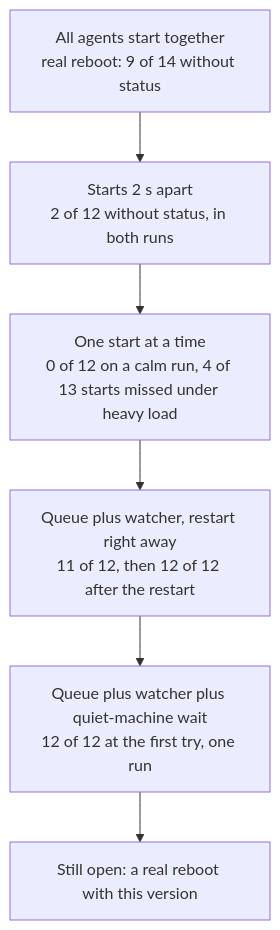
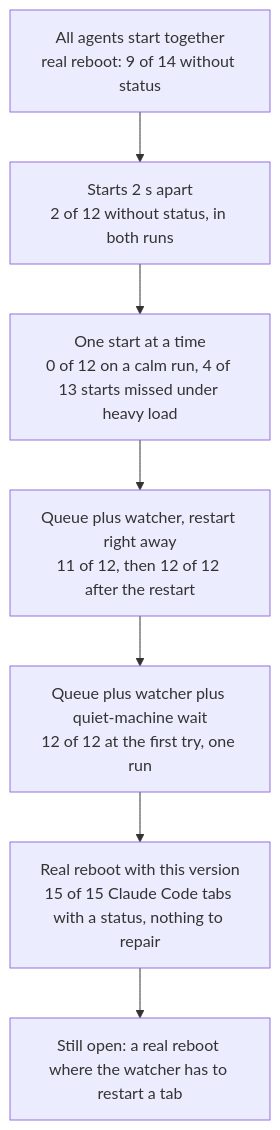
Before and after one commit to thuongtin/herdr-agents-field-guide: the second of 4 diagrams in docs/observed-results.md, drawn with Mermaid. The commit also changed other lines of this file and 7 other files, not shown here.

````diff
--- a/docs/observed-results.md
+++ b/docs/observed-results.md
@@ -56,8 +60,9 @@
 ```mermaid
 flowchart TD
     A["All agents start together<br/>real reboot: 9 of 14 without status"] --> B["Starts 2 s apart<br/>2 of 12 without status, in both runs"]
     B --> C["One start at a time<br/>0 of 12 on a calm run, 4 of 13 starts missed under heavy load"]
     C --> D["Queue plus watcher, restart right away<br/>11 of 12, then 12 of 12 after the restart"]
     D --> E["Queue plus watcher plus quiet-machine wait<br/>12 of 12 at the first try, one run"]
-    E --> F["Still open: a real reboot with this version"]
+    E --> F["Real reboot with this version<br/>15 of 15 Claude Code tabs with a status, nothing to repair"]
+    F --> G["Still open: a real reboot where the watcher has to restart a tab"]
 ```
````
